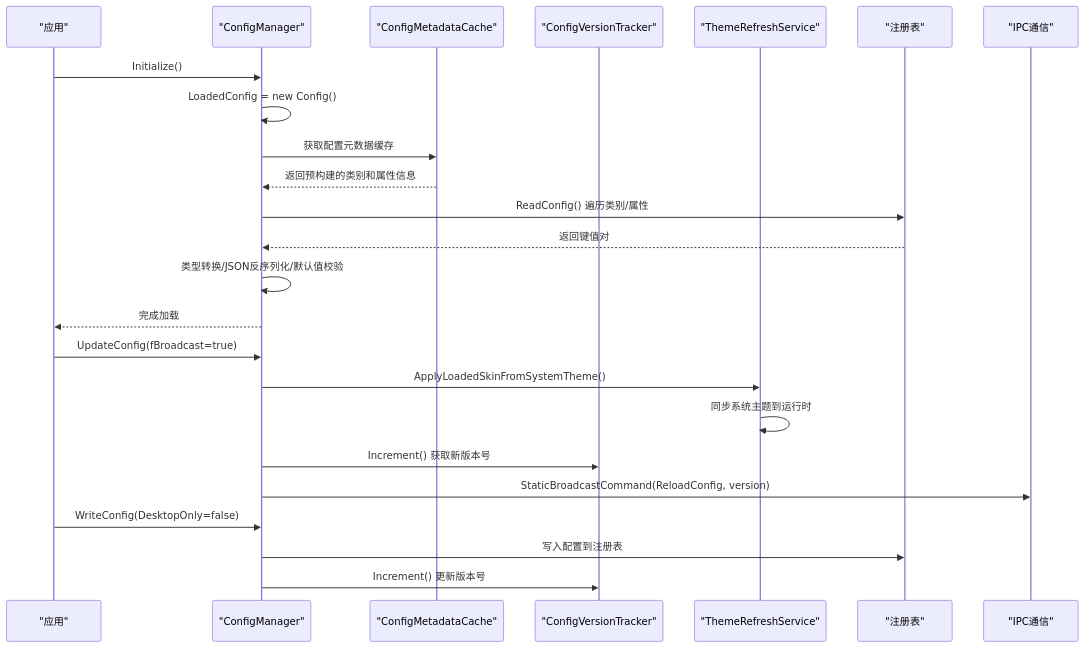
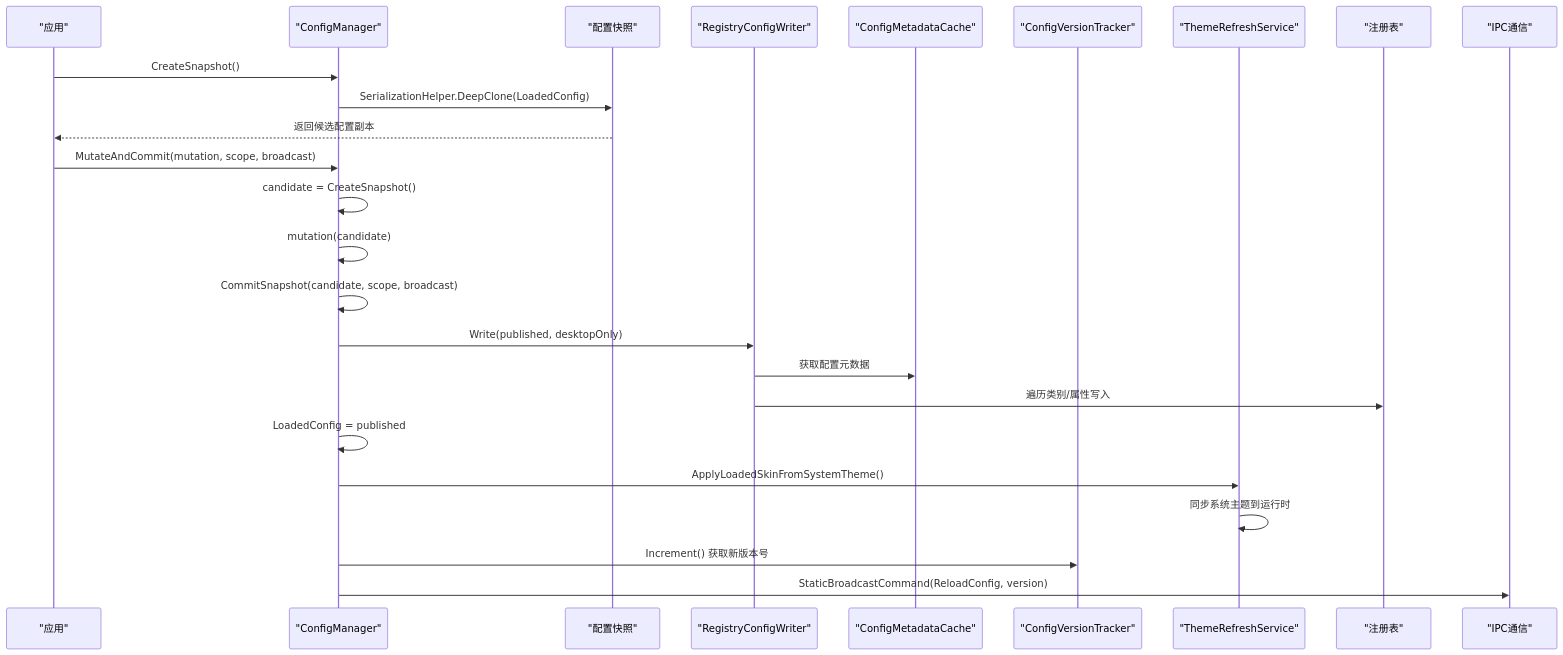
Before and after one commit to rainiva/QTTabBar-Next: the second of 5 diagrams in .qoder/repowiki/zh/content/架构设计/配置管理系统/配置管理系统.md, drawn with Mermaid. The commit also changed other lines of this file and 415 other files, not shown here.

````diff
--- a/.qoder/repowiki/zh/content/架构设计/配置管理系统/配置管理系统.md
+++ b/.qoder/repowiki/zh/content/架构设计/配置管理系统/配置管理系统.md
@@ -106,26 +120,27 @@
 ```mermaid
 sequenceDiagram
 participant App as "应用"
 participant CM as "ConfigManager"
+participant Snapshot as "配置快照"
+participant Writer as "RegistryConfigWriter"
 participant Cache as "ConfigMetadataCache"
 participant VTrk as "ConfigVersionTracker"
 participant Theme as "ThemeRefreshService"
 participant Reg as "注册表"
 participant IPC as "IPC通信"
-App->>CM : Initialize()
-CM->>CM : LoadedConfig = new Config()
-CM->>Cache : 获取配置元数据缓存
-Cache-->>CM : 返回预构建的类别和属性信息
-CM->>Reg : ReadConfig() 遍历类别/属性
-Reg-->>CM : 返回键值对
-CM->>CM : 类型转换/JSON反序列化/默认值校验
-CM-->>App : 完成加载
-App->>CM : UpdateConfig(fBroadcast=true)
+App->>CM : CreateSnapshot()
+CM->>Snapshot : SerializationHelper.DeepClone(LoadedConfig)
+Snapshot-->>App : 返回候选配置副本
+App->>CM : MutateAndCommit(mutation, scope, broadcast)
+CM->>CM : candidate = CreateSnapshot()
+CM->>CM : mutation(candidate)
+CM->>CM : CommitSnapshot(candidate, scope, broadcast)
+CM->>Writer : Write(published, desktopOnly)
+Writer->>Cache : 获取配置元数据
+Writer->>Reg : 遍历类别/属性写入
+CM->>CM : LoadedConfig = published
 CM->>Theme : ApplyLoadedSkinFromSystemTheme()
 Theme->>Theme : 同步系统主题到运行时
 CM->>VTrk : Increment() 获取新版本号
 CM->>IPC : StaticBroadcastCommand(ReloadConfig, version)
-App->>CM : WriteConfig(DesktopOnly=false)
-CM->>Reg : 写入配置到注册表
-CM->>VTrk : Increment() 更新版本号
 ```
````
